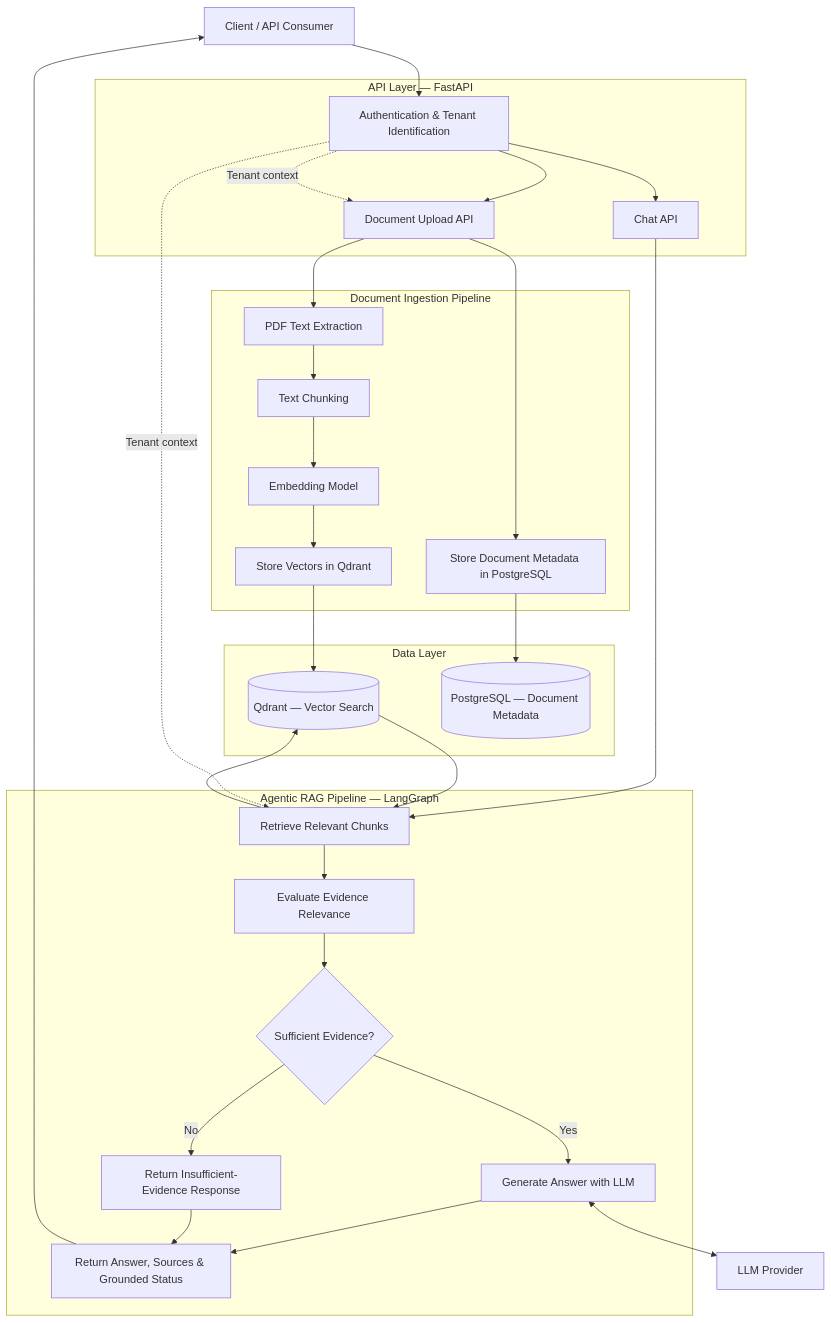
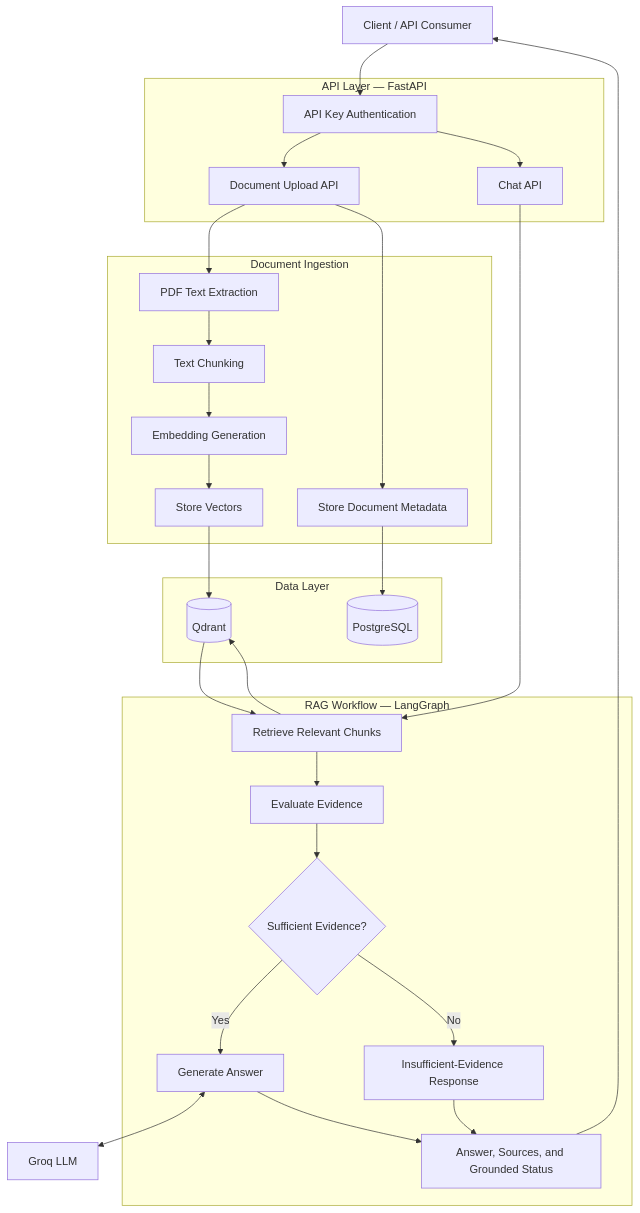
The diagram in README.md (JRM1-star/Genai-Production-Platform), drawn with Mermaid before and after one commit. The commit also changed other lines of this file and 26 other files, not shown here.

````diff
--- a/README.md
+++ b/README.md
@@ -29,63 +33,60 @@
 ```mermaid
 flowchart TB
     U["Client / API Consumer"]
 
     subgraph API["API Layer — FastAPI"]
-        AUTH["Authentication & Tenant Identification"]
+        AUTH["API Key Authentication"]
         DOC["Document Upload API"]
         CHAT["Chat API"]
     end
 
-    subgraph INGEST["Document Ingestion Pipeline"]
+    subgraph INGEST["Document Ingestion"]
         PARSE["PDF Text Extraction"]
         CHUNK["Text Chunking"]
-        EMBED["Embedding Model"]
-        UPSERT["Store Vectors in Qdrant"]
-        METADATA["Store Document Metadata in PostgreSQL"]
+        EMBED["Embedding Generation"]
+        UPSERT["Store Vectors"]
+        METADATA["Store Document Metadata"]
     end
 
-    subgraph RAG["Agentic RAG Pipeline — LangGraph"]
+    subgraph RAG["RAG Workflow — LangGraph"]
         RETRIEVE["Retrieve Relevant Chunks"]
-        EVAL["Evaluate Evidence Relevance"]
+        EVAL["Evaluate Evidence"]
         ROUTE{"Sufficient Evidence?"}
-        GENERATE["Generate Answer with LLM"]
-        FALLBACK["Return Insufficient-Evidence Response"]
-        RESPONSE["Return Answer, Sources & Grounded Status"]
+        GENERATE["Generate Answer"]
+        FALLBACK["Insufficient-Evidence Response"]
+        RESPONSE["Answer, Sources, and Grounded Status"]
     end
 
     subgraph STORAGE["Data Layer"]
-        QDRANT[("Qdrant — Vector Search")]
-        POSTGRES[("PostgreSQL — Document Metadata")]
+        QDRANT[("Qdrant")]
+        POSTGRES[("PostgreSQL")]
     end
 
-    LLM["LLM Provider"]
+    LLM["Groq LLM"]
 
     U --> AUTH
     AUTH --> DOC
     AUTH --> CHAT
 
     DOC --> PARSE
     PARSE --> CHUNK
     CHUNK --> EMBED
     EMBED --> UPSERT
     UPSERT --> QDRANT
     DOC --> METADATA
     METADATA --> POSTGRES
 
     CHAT --> RETRIEVE
     RETRIEVE --> QDRANT
     QDRANT --> RETRIEVE
     RETRIEVE --> EVAL
     EVAL --> ROUTE
 
     ROUTE -->|Yes| GENERATE
     ROUTE -->|No| FALLBACK
+    GENERATE <--> LLM
 
-    GENERATE <--> LLM
     GENERATE --> RESPONSE
     FALLBACK --> RESPONSE
     RESPONSE --> U
-
-    AUTH -. "Tenant context" .-> RETRIEVE
-    AUTH -. "Tenant context" .-> DOC
 ```
````
